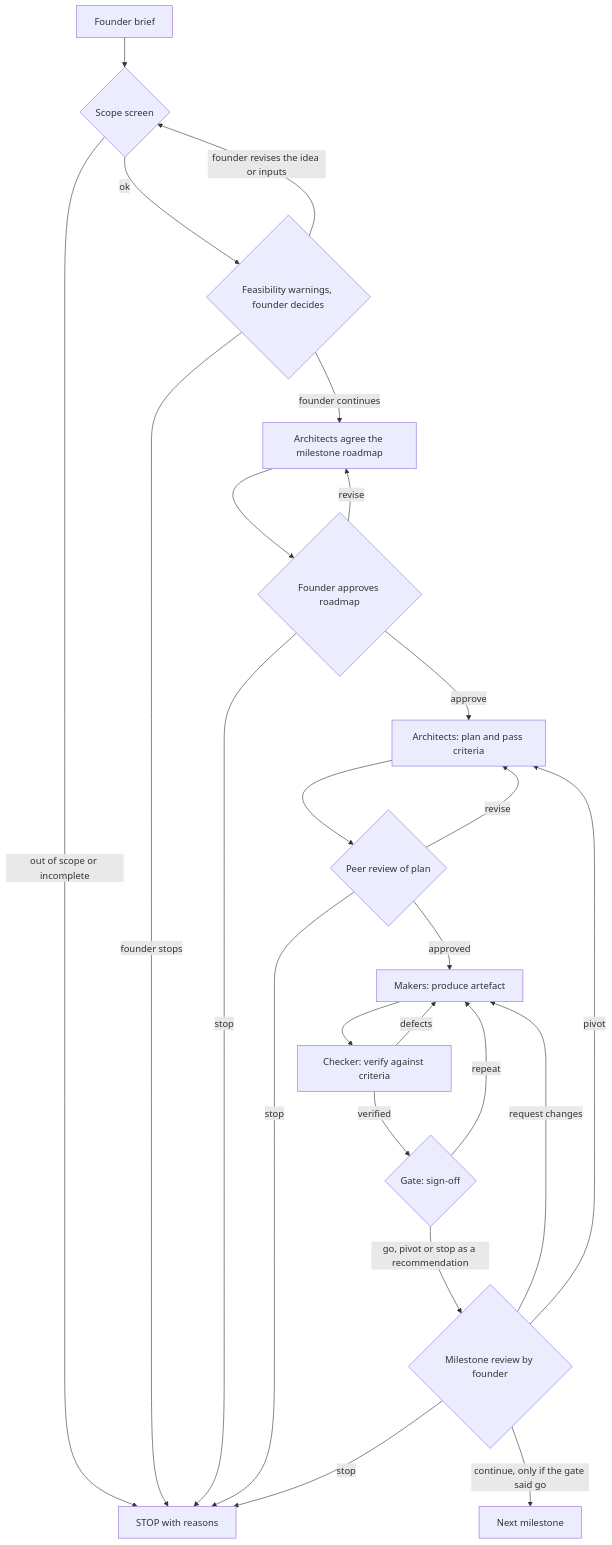
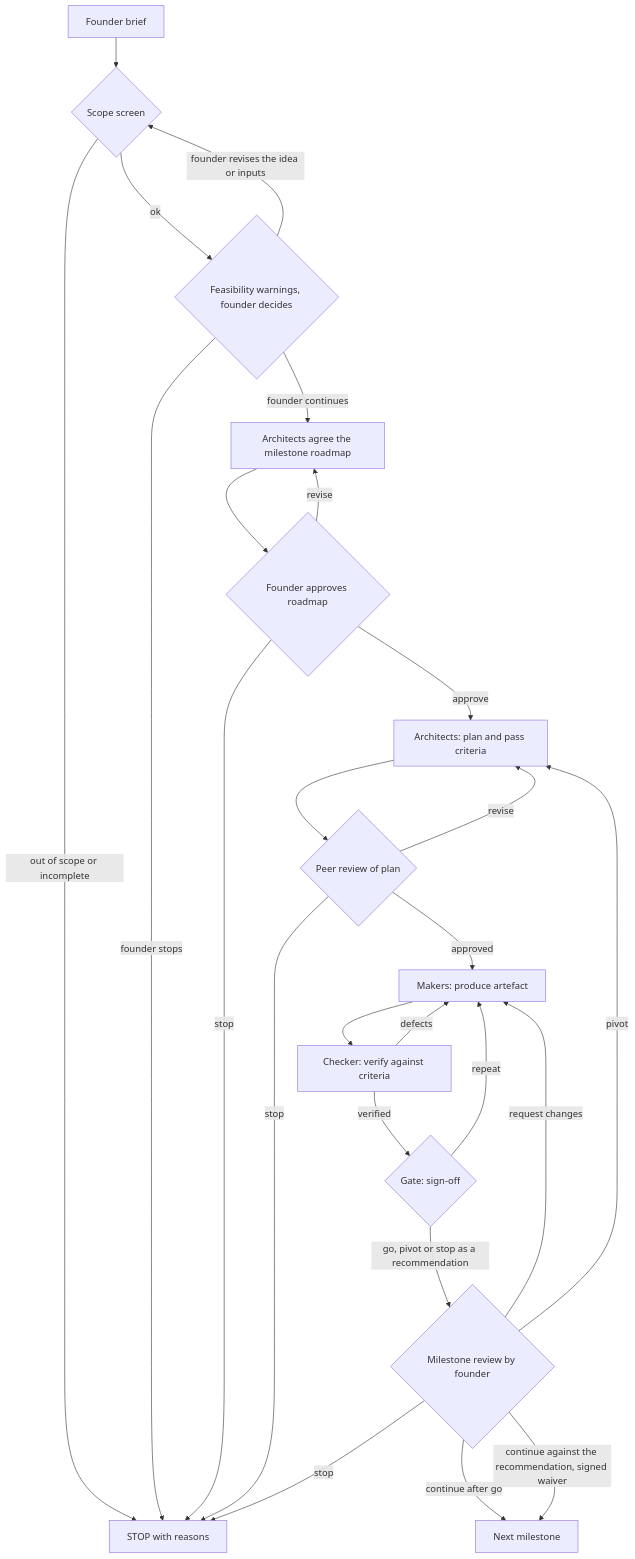
The first of 2 diagrams in ARCHITECTURE.md (Amr-Said2005/MADS-AI-HACKATHON-), drawn with Mermaid before and after one commit. The commit also changed other lines of this file and 1 other file, not shown here.

Commit message:
Say what the committed run shows and describe the pause and waiver paths in the architecture

````diff
--- a/ARCHITECTURE.md
+++ b/ARCHITECTURE.md
@@ -7,26 +7,27 @@
 ```mermaid
 flowchart TD
     F[Founder brief] --> S{Scope screen}
     S -- out of scope or incomplete --> X[STOP with reasons]
     S -- ok --> Q{Feasibility warnings, founder decides}
     Q -- founder stops --> X
     Q -- founder revises the idea or inputs --> S
     Q -- founder continues --> M[Architects agree the milestone roadmap]
     M --> MA{Founder approves roadmap}
     MA -- revise --> M
     MA -- stop --> X
     MA -- approve --> A[Architects: plan and pass criteria]
     A --> R{Peer review of plan}
     R -- revise --> A
     R -- stop --> X
     R -- approved --> D[Makers: produce artefact]
     D --> V[Checker: verify against criteria]
     V -- defects --> D
     V -- verified --> G{Gate: sign-off}
     G -- repeat --> D
     G -- go, pivot or stop as a recommendation --> P{Milestone review by founder}
     P -- request changes --> D
     P -- pivot --> A
     P -- stop --> X
-    P -- continue, only if the gate said go --> N[Next milestone]
+    P -- continue after go --> N[Next milestone]
+    P -- continue against the recommendation, signed waiver --> N
 ```
````
